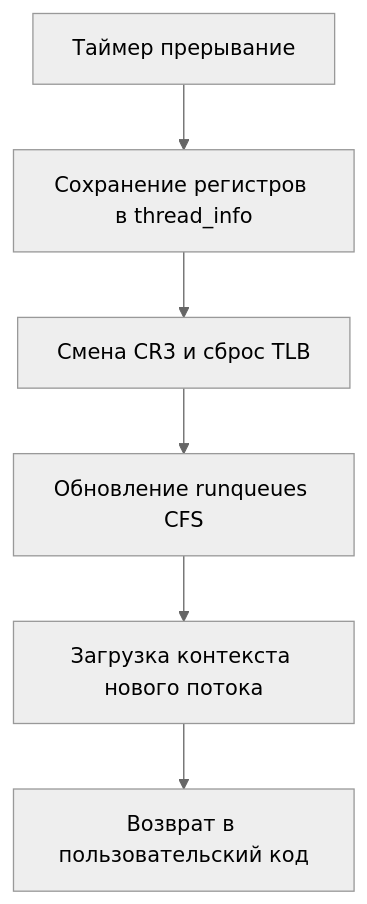
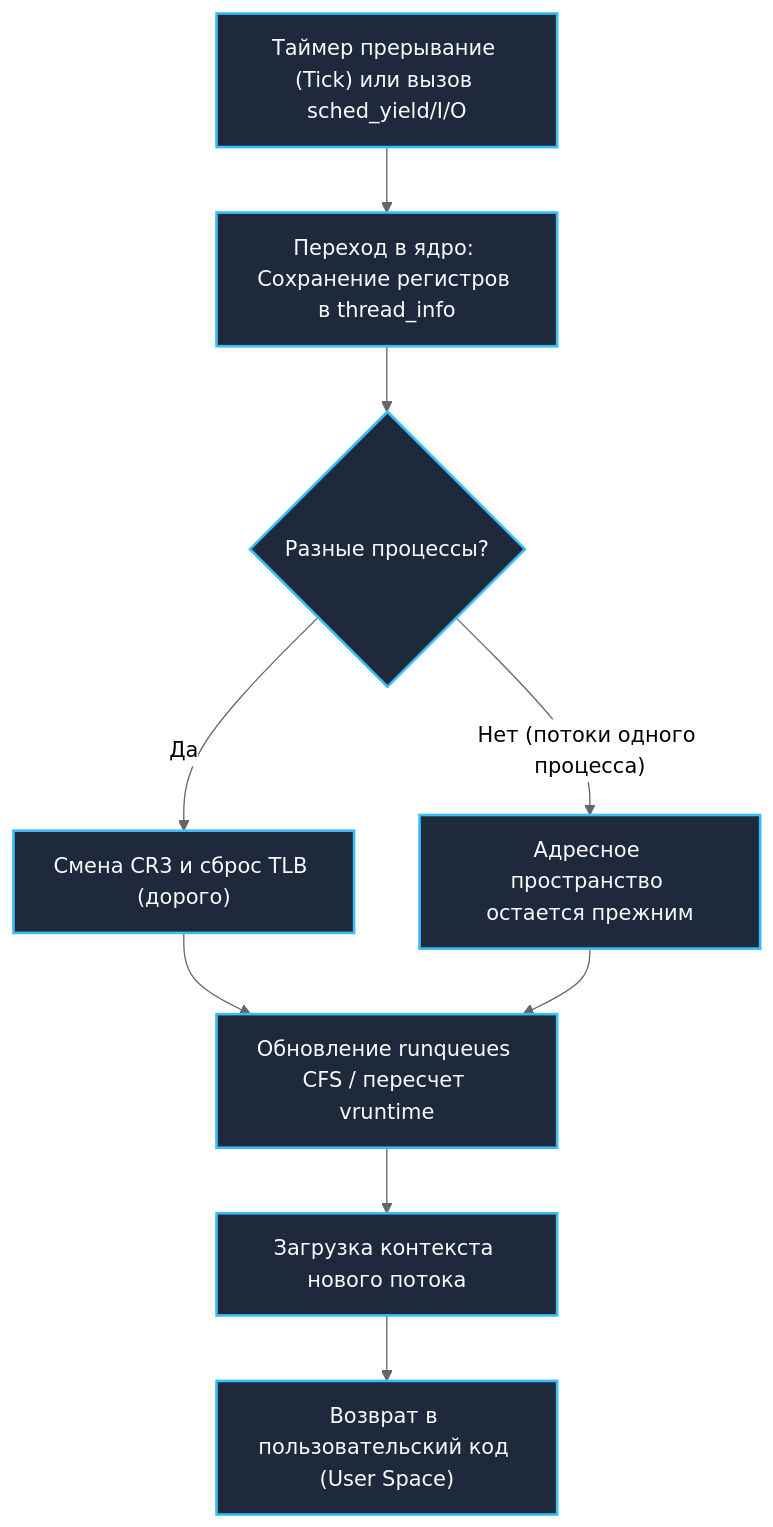
One commit to UnrealTemplier/go-textbook changed the diagram in sources/2. Устройство и работа ОС/8. Планировщик ОС. Как CPU выбирает, что исполнять.md. Above: the diagram before and after it, drawn with Mermaid (neutral theme). The commit also changed other lines of this file, not shown here.

Commit message:
feat(module-02): editorial rewrite of Lecture 8 (OS Scheduler, CFS, EEVDF, G-M-P, NUMA) in Kernighan style

````diff
--- a/sources/2. Устройство и работа ОС/8. Планировщик ОС. Как CPU выбирает, что исполнять.md
+++ b/sources/2. Устройство и работа ОС/8. Планировщик ОС. Как CPU выбирает, что исполнять.md
@@ -52,8 +91,14 @@
 ```mermaid
 flowchart TD
-    A["Таймер прерывание"] --> B["Сохранение регистров в thread_info"]
-    B --> C["Смена CR3 и сброс TLB"]
-    C --> D["Обновление runqueues CFS"]
-    D --> E["Загрузка контекста нового потока"]
-    E --> F["Возврат в пользовательский код"]
+    A["Таймер прерывание (Tick) или вызов sched_yield/I/O"] --> B["Переход в ядро: Сохранение регистров в thread_info"]
+    B --> C{"Разные процессы?"}
+    C -- "Да" --> D["Смена CR3 и сброс TLB (дорого)"]
+    C -- "Нет (потоки одного процесса)" --> E["Адресное пространство остается прежним"]
+    D --> F["Обновление runqueues CFS / пересчет vruntime"]
+    E --> F
+    F --> G["Загрузка контекста нового потока"]
+    G --> H["Возврат в пользовательский код (User Space)"]
+
+    classDef step fill:#1e293b,stroke:#38bdf8,stroke-width:2px,color:#f8fafc;
+    class A,B,C,D,E,F,G,H step;
 ```
````
